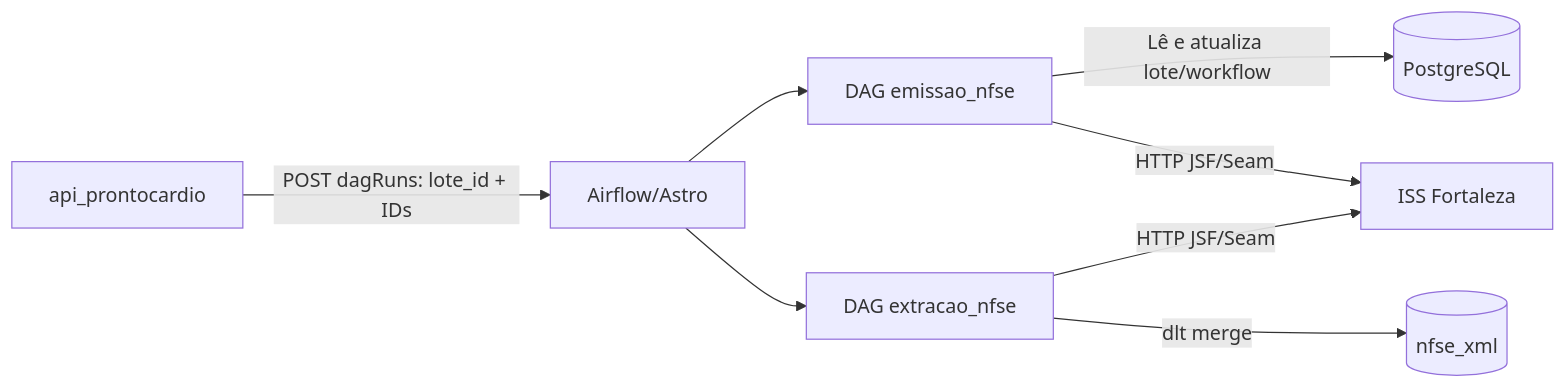
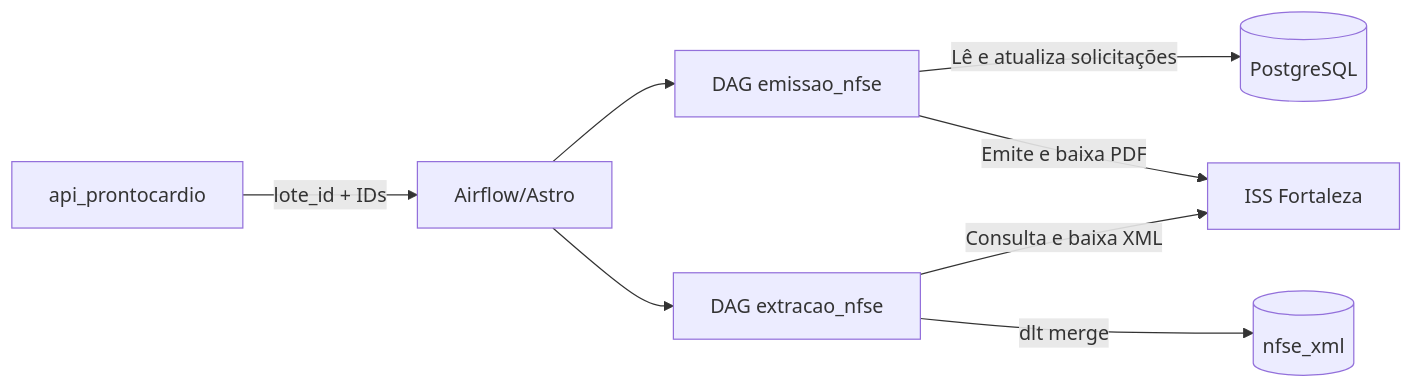
The first of 3 diagrams in README.md (AmorimEureka/PRJ_SCRAPING_ISS_FORTALEZA), drawn with Mermaid before and after one commit. The commit also changed other lines of this file, not shown here.

````diff
--- a/README.md
+++ b/README.md
@@ -16,10 +27,10 @@
 ```mermaid
 flowchart LR
-    API[api_prontocardio] -->|POST dagRuns: lote_id + IDs| AIRFLOW[Airflow/Astro]
+    API[api_prontocardio] -->|lote_id + IDs| AIRFLOW[Airflow/Astro]
     AIRFLOW --> EMISSAO[DAG emissao_nfse]
     AIRFLOW --> EXTRACAO[DAG extracao_nfse]
-    EMISSAO -->|Lê e atualiza lote/workflow| PG[(PostgreSQL)]
-    EMISSAO -->|HTTP JSF/Seam| ISS[ISS Fortaleza]
-    EXTRACAO -->|HTTP JSF/Seam| ISS
+    EMISSAO -->|Lê e atualiza solicitações| PG[(PostgreSQL)]
+    EMISSAO -->|Emite e baixa PDF| ISS[ISS Fortaleza]
+    EXTRACAO -->|Consulta e baixa XML| ISS
     EXTRACAO -->|dlt merge| NFSE[(nfse_xml)]
 ```
````
